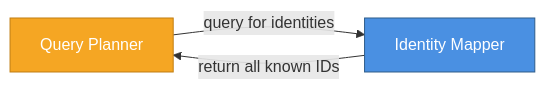
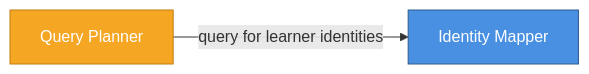
Before and after one commit to LIF-Initiative/lif-core: the fourth of 16 diagrams in docs/lif_services_overview.md, drawn with Mermaid. The commit also changed other lines of this file, not shown here.

Commit message:
docs: update more diagrams

````diff
--- a/docs/lif_services_overview.md
+++ b/docs/lif_services_overview.md
@@ -186,14 +186,13 @@
 ```mermaid
 graph LR
     QP[Query Planner]
     IDMap[Identity Mapper]
     
-    QP -->|query for identities| IDMap
-    IDMap -->|return all known IDs| QP
+    QP -->|query for learner identities| IDMap
     
     classDef coreStyle fill:#4A90E2,stroke:#2E5C8A,color:#fff
     classDef infraStyle fill:#F5A623,stroke:#C17D11,color:#fff
     
     class IDMap coreStyle
     class QP infraStyle
 ```
````
